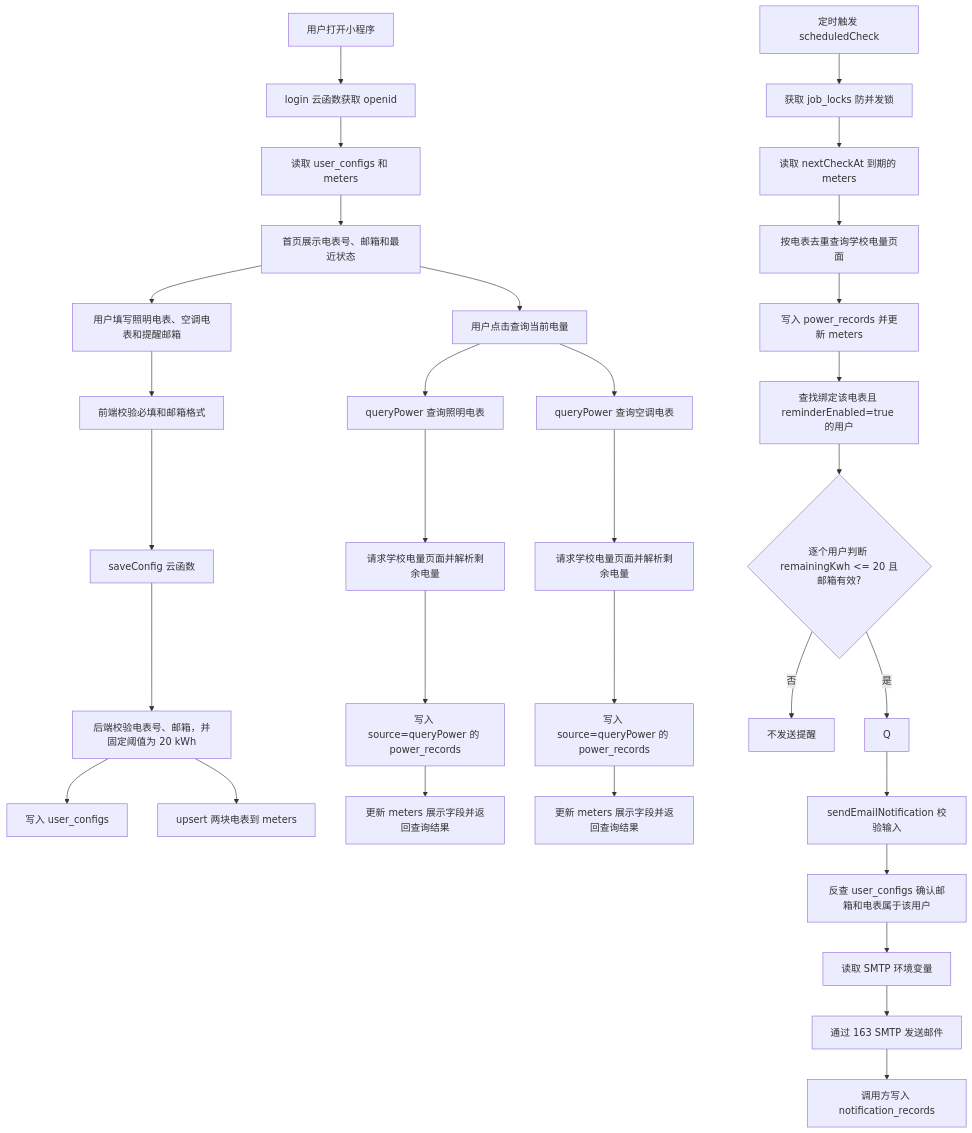
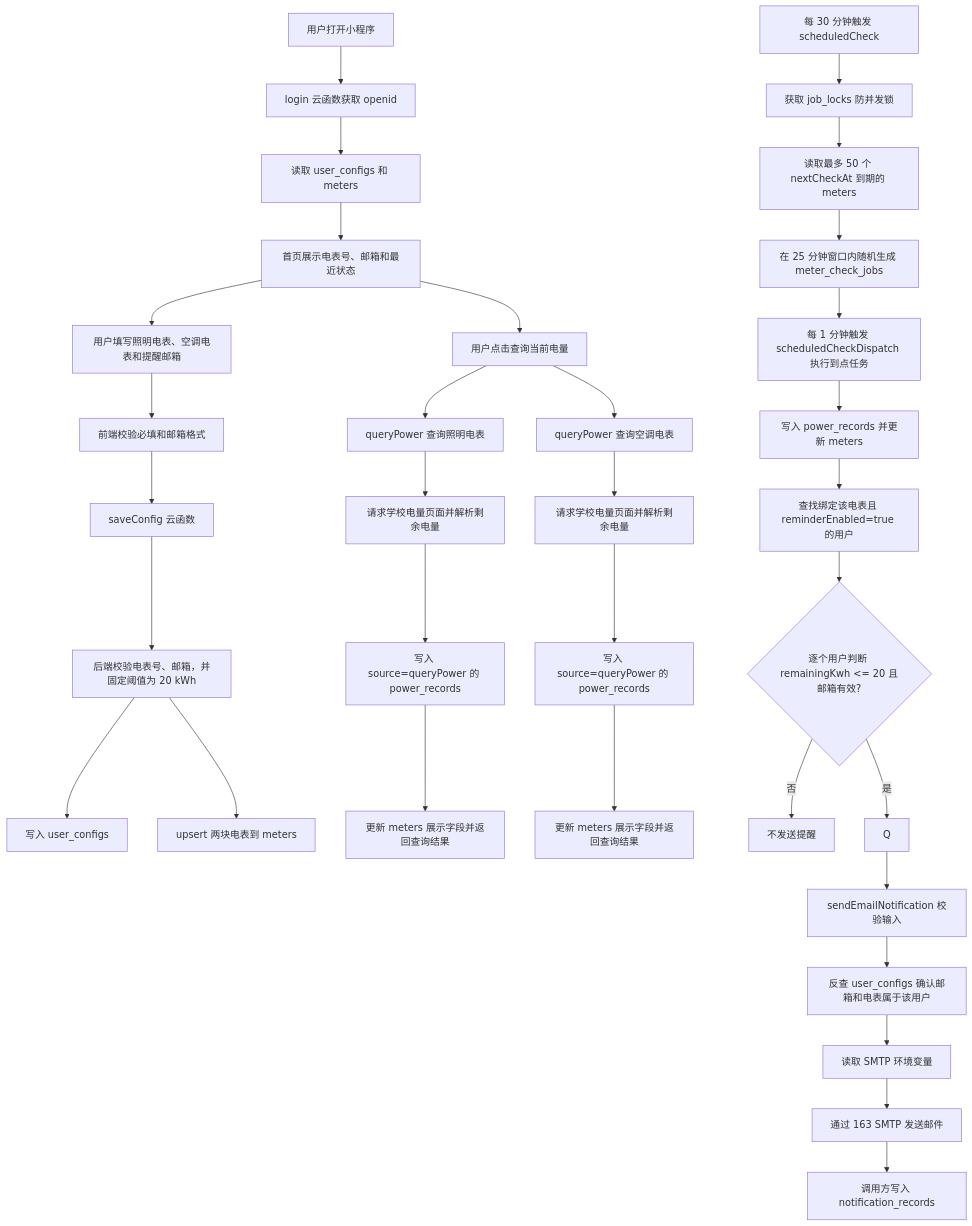
One commit to wtx1717/duaa-power-reminder changed the diagram in docs/logic-flow.md. Above: the diagram before and after it, drawn with Mermaid. The commit also changed 14 other files, not shown here.

````diff
--- a/docs/logic-flow.md
+++ b/docs/logic-flow.md
@@ -5,38 +5,39 @@
 ```mermaid
 flowchart TD
   A["用户打开小程序"] --> B["login 云函数获取 openid"]
   B --> C["读取 user_configs 和 meters"]
   C --> D["首页展示电表号、邮箱和最近状态"]
 
   D --> E["用户填写照明电表、空调电表和提醒邮箱"]
   E --> F["前端校验必填和邮箱格式"]
   F --> G["saveConfig 云函数"]
   G --> H["后端校验电表号、邮箱，并固定阈值为 20 kWh"]
   H --> I["写入 user_configs"]
   H --> J["upsert 两块电表到 meters"]
 
   D --> K["用户点击查询当前电量"]
   K --> L1["queryPower 查询照明电表"]
   K --> L2["queryPower 查询空调电表"]
   L1 --> M1["请求学校电量页面并解析剩余电量"]
   L2 --> M2["请求学校电量页面并解析剩余电量"]
   M1 --> N1["写入 source=queryPower 的 power_records"]
   M2 --> N2["写入 source=queryPower 的 power_records"]
   N1 --> P1["更新 meters 展示字段并返回查询结果"]
   N2 --> P2["更新 meters 展示字段并返回查询结果"]
 
-  R["定时触发 scheduledCheck"] --> S["获取 job_locks 防并发锁"]
-  S --> T["读取 nextCheckAt 到期的 meters"]
-  T --> U["按电表去重查询学校电量页面"]
-  U --> V["写入 power_records 并更新 meters"]
-  V --> W["查找绑定该电表且 reminderEnabled=true 的用户"]
-  W --> X{"逐个用户判断 remainingKwh <= 20 且邮箱有效?"}
+  R["每 30 分钟触发 scheduledCheck"] --> S["获取 job_locks 防并发锁"]
+  S --> T["读取最多 50 个 nextCheckAt 到期的 meters"]
+  T --> U["在 25 分钟窗口内随机生成 meter_check_jobs"]
+  U --> V["每 1 分钟触发 scheduledCheckDispatch 执行到点任务"]
+  V --> W["写入 power_records 并更新 meters"]
+  W --> X1["查找绑定该电表且 reminderEnabled=true 的用户"]
+  X1 --> X{"逐个用户判断 remainingKwh <= 20 且邮箱有效?"}
   X -- "否" --> Y["不发送提醒"]
   X -- "是" --> Q
 
   Q --> Z["sendEmailNotification 校验输入"]
   Z --> AA["反查 user_configs 确认邮箱和电表属于该用户"]
   AA --> AB["读取 SMTP 环境变量"]
   AB --> AC["通过 163 SMTP 发送邮件"]
   AC --> AD["调用方写入 notification_records"]
 ```
````
